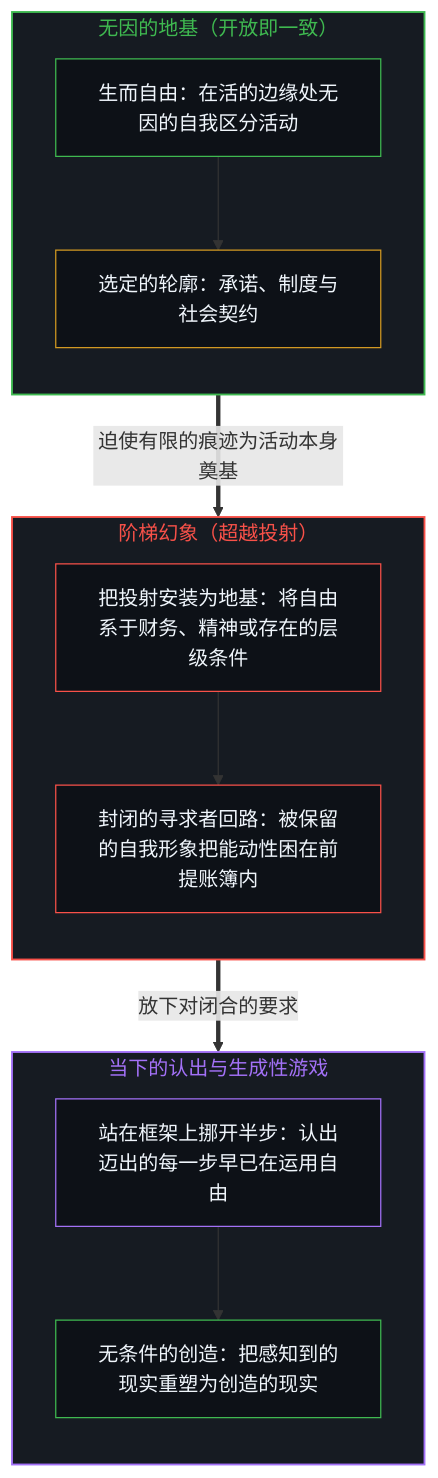
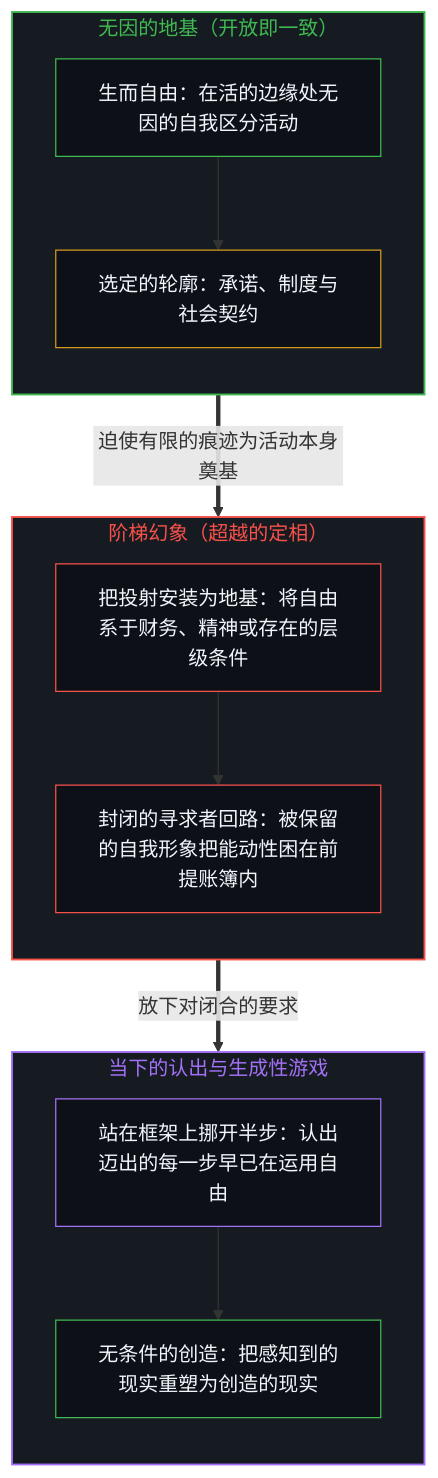
The first of 2 diagrams in content/posts/freedom-as-ground.md (powerpig99/not-a-toe), drawn with Mermaid before and after one commit. The commit also changed other lines of this file and 4 other files, not shown here.

````diff
--- a/content/posts/freedom-as-ground.md
+++ b/content/posts/freedom-as-ground.md
@@ -17,32 +17,32 @@
 ```mermaid
 flowchart TD
     subgraph S_Ground["无因的地基（开放即一致）"]
         direction TB
         G_Act["生而自由：在活的边缘处无因的自我区分活动"]
         G_Trace["选定的轮廓：承诺、制度与社会契约"]
         G_Act --> G_Trace
     end
-    subgraph S_Closure["阶梯幻象（超越投射）"]
+    subgraph S_Closure["阶梯幻象（超越的定相）"]
         direction TB
         C_Invert["把投射安装为地基：将自由系于财务、精神或存在的层级条件"]
         C_Loop["封闭的寻求者回路：被保留的自我形象把能动性困在前提账簿内"]
         C_Invert --> C_Loop
     end
     subgraph S_Recognition["当下的认出与生成性游戏"]
         direction TB
         R_Drop["站在框架上挪开半步：认出迈出的每一步早已在运用自由"]
         R_Play["无条件的创造：把感知到的现实重塑为创造的现实"]
         R_Drop --> R_Play
     end
     G_Trace ==>|"迫使有限的痕迹为活动本身奠基"| C_Invert
     C_Loop ==>|"放下对闭合的要求"| R_Drop
     style S_Ground fill:#161b22,stroke:#3fb950,stroke-width:1.5px,color:#3fb950
     style S_Closure fill:#161b22,stroke:#f85149,stroke-width:1.5px,color:#f85149
     style S_Recognition fill:#161b22,stroke:#a371f7,stroke-width:1.5px,color:#a371f7
     style G_Act fill:#0d1117,stroke:#3fb950,stroke-width:1px,color:#f0f6fc
     style G_Trace fill:#0d1117,stroke:#d29922,stroke-width:1px,color:#f0f6fc
     style C_Invert fill:#0d1117,stroke:#f85149,stroke-width:1px,color:#f0f6fc
     style C_Loop fill:#0d1117,stroke:#f85149,stroke-width:1px,color:#f0f6fc
     style R_Drop fill:#0d1117,stroke:#a371f7,stroke-width:1px,color:#f0f6fc
     style R_Play fill:#0d1117,stroke:#3fb950,stroke-width:1px,color:#f0f6fc
 ```
````
